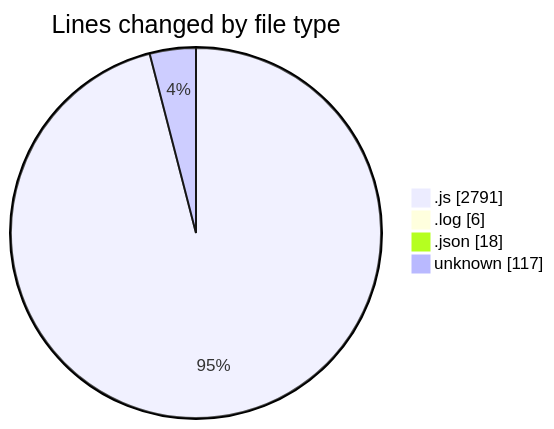
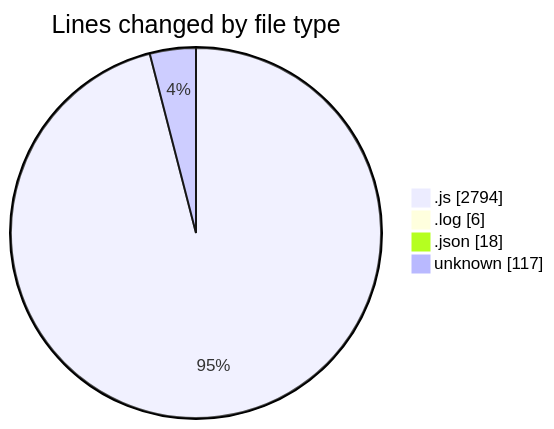
Before and after one commit to BS-eng2023/code-tracking: the first of 2 diagrams in 2025-03-31/jsvms/README.md, drawn with Mermaid. The commit also changed other lines of this file and 1 other file, not shown here.

````diff
--- a/2025-03-31/jsvms/README.md
+++ b/2025-03-31/jsvms/README.md
@@ -50,8 +50,8 @@
 ```mermaid
 pie showData
 title Lines changed by file type
-".js" : 2791
+".js" : 2794
 ".log" : 6
 ".json" : 18
 "unknown" : 117
 ```
````
